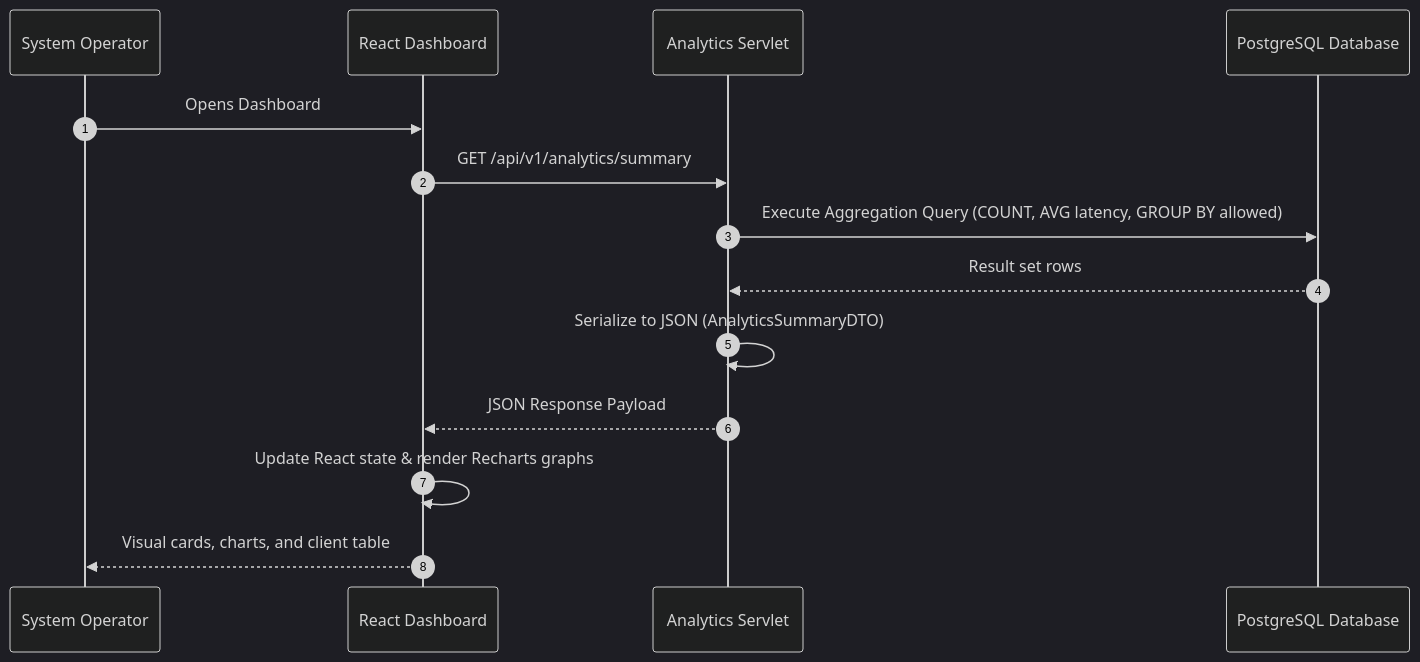
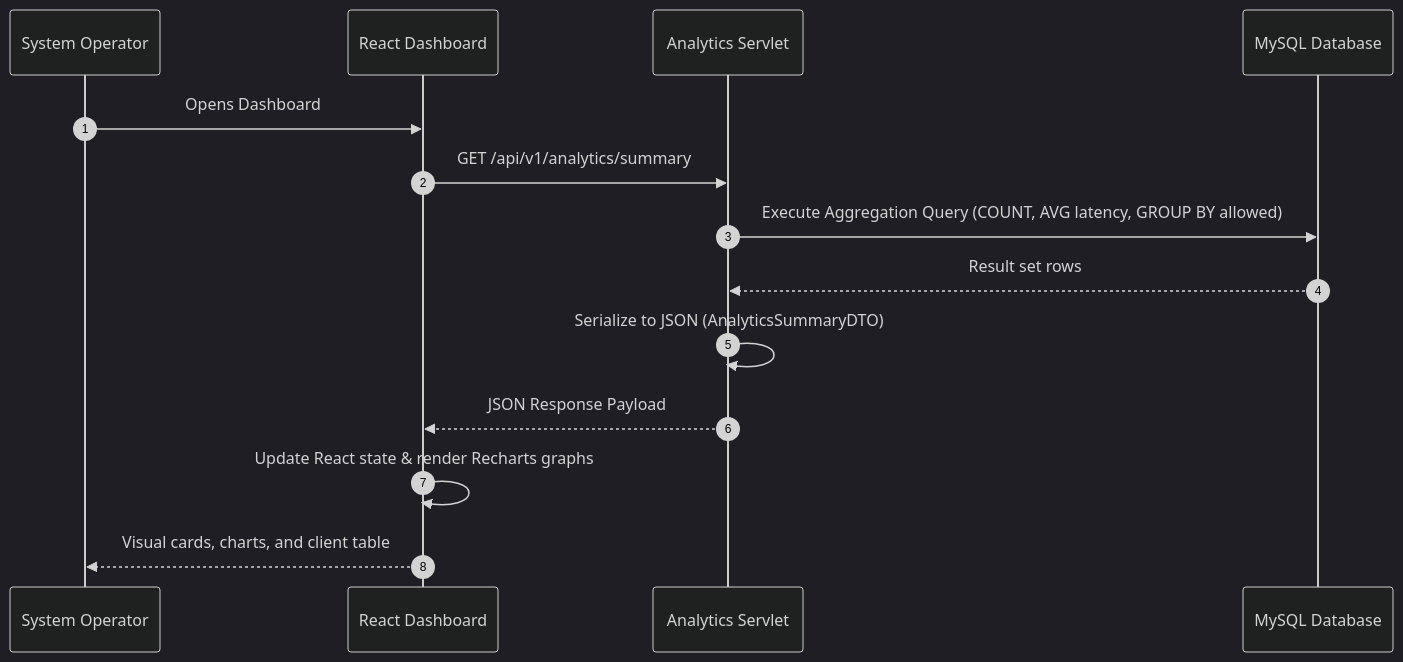
The second of 2 diagrams in docs/03-system-design/DATA_FLOW.md (PrachiBhardwaj808/Throttlix), drawn with Mermaid (dark theme) before and after one commit. The commit also changed other lines of this file and 4 other files, not shown here.

````diff
--- a/docs/03-system-design/DATA_FLOW.md
+++ b/docs/03-system-design/DATA_FLOW.md
@@ -60,17 +60,17 @@
 ```mermaid
 sequenceDiagram
     autonumber
     participant User as System Operator
     participant UI as React Dashboard
     participant API as Analytics Servlet
-    participant DB as PostgreSQL Database
+    participant DB as MySQL Database
 
     User->>UI: Opens Dashboard
     UI->>API: GET /api/v1/analytics/summary
     API->>DB: Execute Aggregation Query (COUNT, AVG latency, GROUP BY allowed)
     DB-->>API: Result set rows
     API->>API: Serialize to JSON (AnalyticsSummaryDTO)
     API-->>UI: JSON Response Payload
     UI->>UI: Update React state & render Recharts graphs
     UI-->>User: Visual cards, charts, and client table
 ```
````
